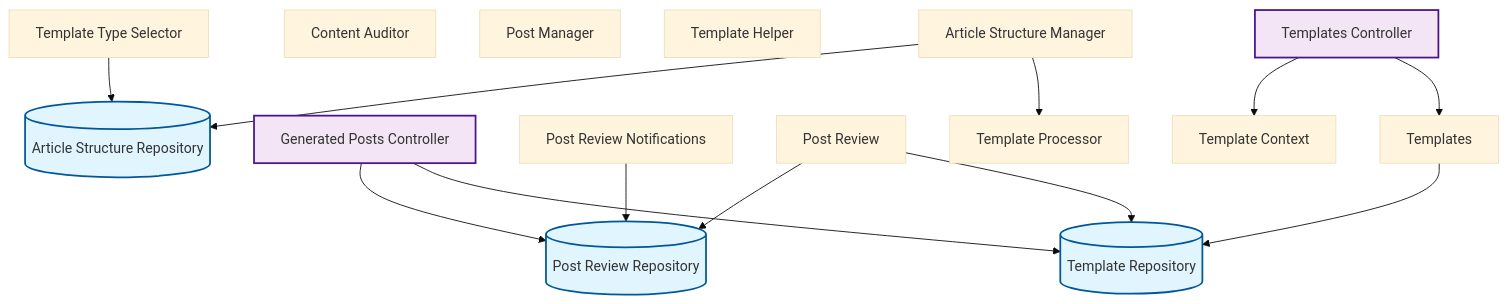
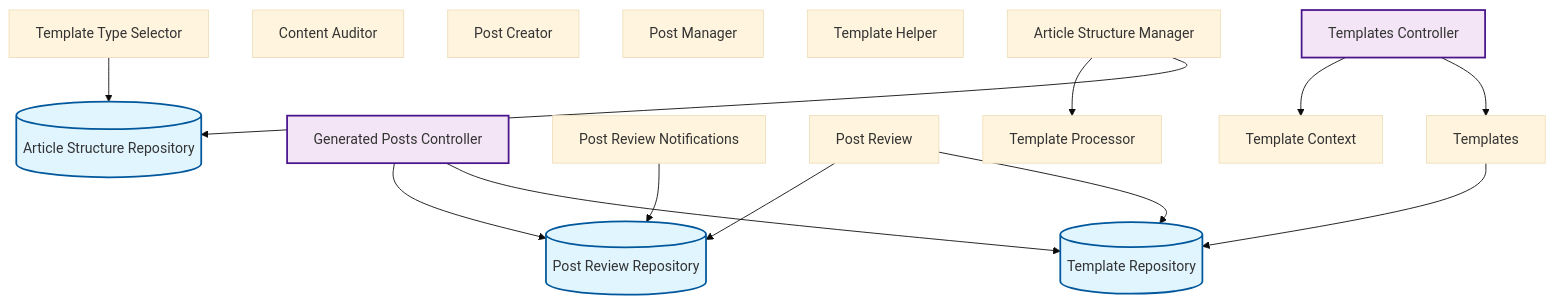
Before and after one commit to rpnunez/wp-ai-scheduler: the fourth of 10 diagrams in docs/feature-report.md, drawn with Mermaid (base theme). The commit also changed other lines of this file, not shown here.

````diff
--- a/docs/feature-report.md
+++ b/docs/feature-report.md
@@ -183,38 +188,39 @@
 ```mermaid
 flowchart TD
     %% Content Management Architecture
 
     Article_Structure_Manager["Article Structure Manager"]
     Article_Structure_Repository[("Article Structure Repository")]
     Content_Auditor["Content Auditor"]
     Generated_Posts_Controller["Generated Posts Controller"]
+    Post_Creator["Post Creator"]
     Post_Manager["Post Manager"]
     Post_Review_Notifications["Post Review Notifications"]
     Post_Review_Repository[("Post Review Repository")]
     Post_Review["Post Review"]
     Template_Context["Template Context"]
     Template_Helper["Template Helper"]
     Template_Processor["Template Processor"]
     Template_Repository[("Template Repository")]
     Template_Type_Selector["Template Type Selector"]
     Templates_Controller["Templates Controller"]
     Templates["Templates"]
 
+    Article_Structure_Manager --> Template_Processor
     Article_Structure_Manager --> Article_Structure_Repository
-    Article_Structure_Manager --> Template_Processor
     Generated_Posts_Controller --> Post_Review_Repository
     Generated_Posts_Controller --> Template_Repository
     Post_Review_Notifications --> Post_Review_Repository
     Post_Review --> Post_Review_Repository
     Post_Review --> Template_Repository
     Template_Type_Selector --> Article_Structure_Repository
     Templates_Controller --> Template_Context
     Templates_Controller --> Templates
     Templates --> Template_Repository
 
     classDef repository fill:#e1f5ff,stroke:#01579b,stroke-width:2px
     classDef service fill:#fff3e0,stroke:#e65100,stroke-width:2px
     classDef controller fill:#f3e5f5,stroke:#4a148c,stroke-width:2px
     class Article_Structure_Repository,Post_Review_Repository,Template_Repository repository
     class Generated_Posts_Controller,Templates_Controller controller
 ```
````
